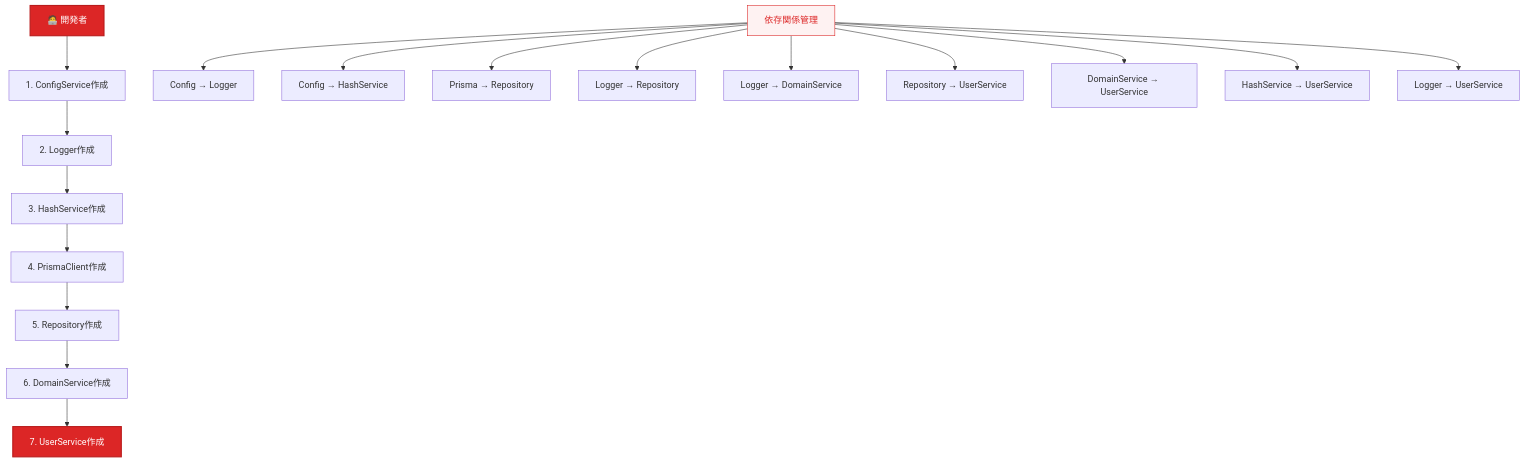
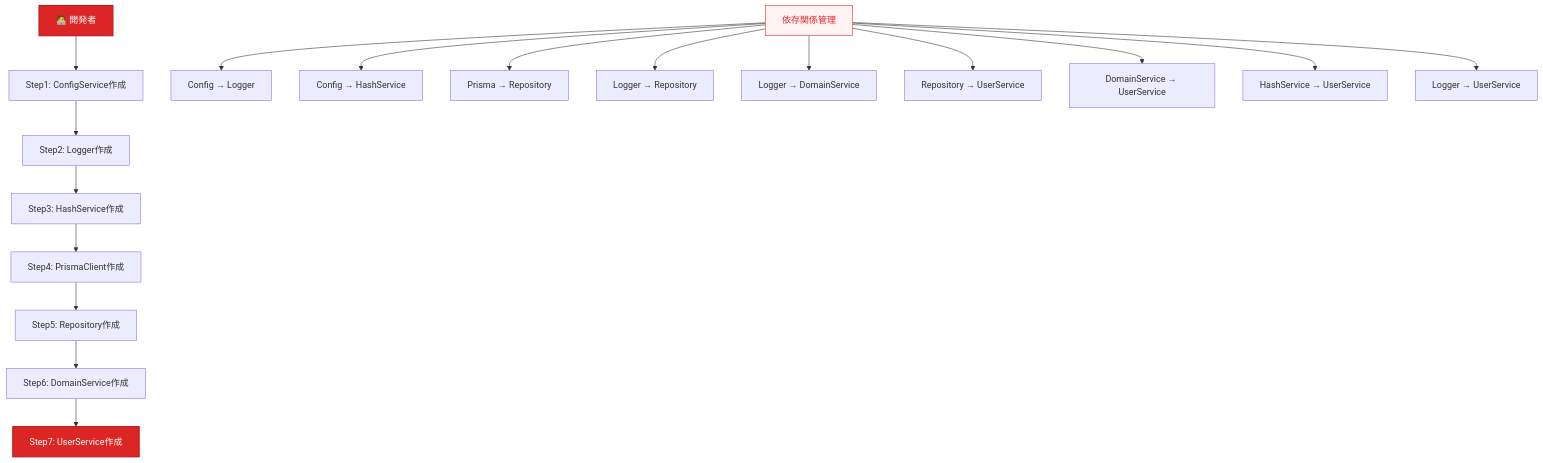
The fifth of 21 diagrams in _DOCS/guides/ddd/concepts/whats-di.md (derushio/d-next-ddd-example), drawn with Mermaid before and after one commit. The commit also changed other lines of this file and 114 other files, not shown here.

````diff
--- a/_DOCS/guides/ddd/concepts/whats-di.md
+++ b/_DOCS/guides/ddd/concepts/whats-di.md
@@ -164,24 +164,24 @@
 ```mermaid
 flowchart TD
-    A[🧑‍💻 開発者] --> B[1. ConfigService作成]
-    B --> C[2. Logger作成]
-    C --> D[3. HashService作成]
-    D --> E[4. PrismaClient作成]
-    E --> F[5. Repository作成]
-    F --> G[6. DomainService作成]
-    G --> H[7. UserService作成]
+    A[🧑‍💻 開発者] --> B[Step1: ConfigService作成]
+    B --> C[Step2: Logger作成]
+    C --> D[Step3: HashService作成]
+    D --> E[Step4: PrismaClient作成]
+    E --> F[Step5: Repository作成]
+    F --> G[Step6: DomainService作成]
+    G --> H[Step7: UserService作成]
     
     I[依存関係管理] --> J["Config → Logger"]
     I --> K["Config → HashService"]
     I --> L["Prisma → Repository"]
     I --> M["Logger → Repository"]
     I --> N["Logger → DomainService"]
     I --> O["Repository → UserService"]
     I --> P["DomainService → UserService"]
     I --> Q["HashService → UserService"]
     I --> R["Logger → UserService"]
     
     style A fill:#dc2626,stroke:#b91c1c,stroke-width:2px,color:#ffffff
     style H fill:#dc2626,stroke:#b91c1c,stroke-width:2px,color:#ffffff
     style I fill:#fef2f2,stroke:#dc2626,stroke-width:1px,color:#dc2626
 ```
````
